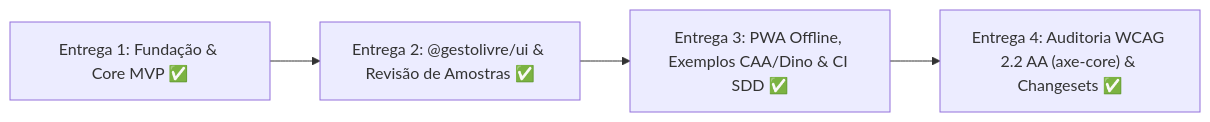
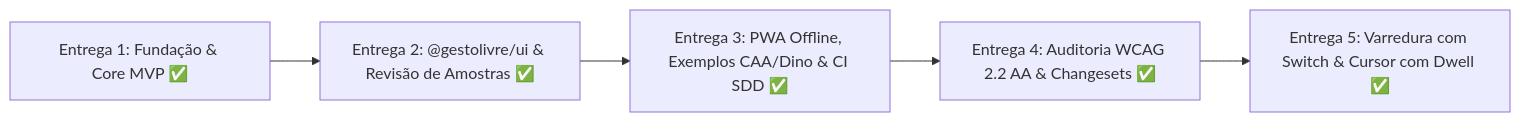
One commit to PauloHFA/GestoLivre changed the diagram in PROGRESS.md. Above: the diagram before and after it, drawn with Mermaid. The commit also changed other lines of this file and 11 other files, not shown here.

Commit message:
feat(accessibility): add switch scanning engine, head cursor with dwell click, and virtual scanning keyboard example

````diff
--- a/PROGRESS.md
+++ b/PROGRESS.md
@@ -9,6 +9,7 @@
 ```mermaid
 flowchart LR
     E1["Entrega 1: Fundação & Core MVP ✅"] --> E2["Entrega 2: @gestolivre/ui & Revisão de Amostras ✅"]
     E2 --> E3["Entrega 3: PWA Offline, Exemplos CAA/Dino & CI SDD ✅"]
-    E3 --> E4["Entrega 4: Auditoria WCAG 2.2 AA (axe-core) & Changesets ✅"]
+    E3 --> E4["Entrega 4: Auditoria WCAG 2.2 AA & Changesets ✅"]
+    E4 --> E5["Entrega 5: Varredura com Switch & Cursor com Dwell ✅"]
 ```
````
